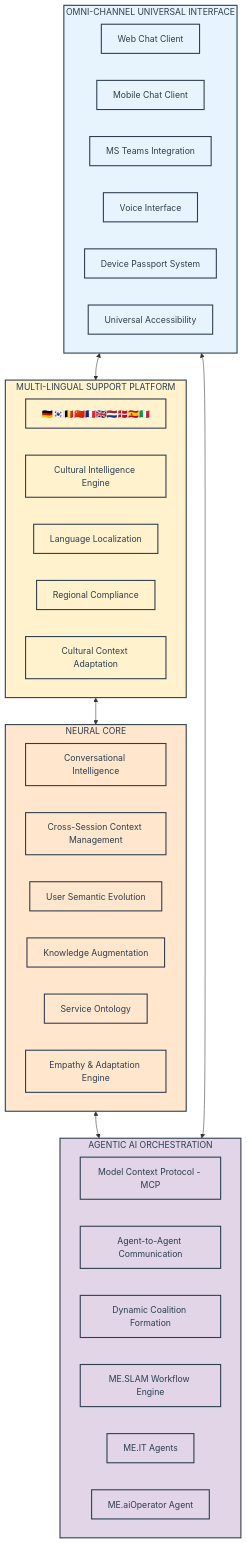
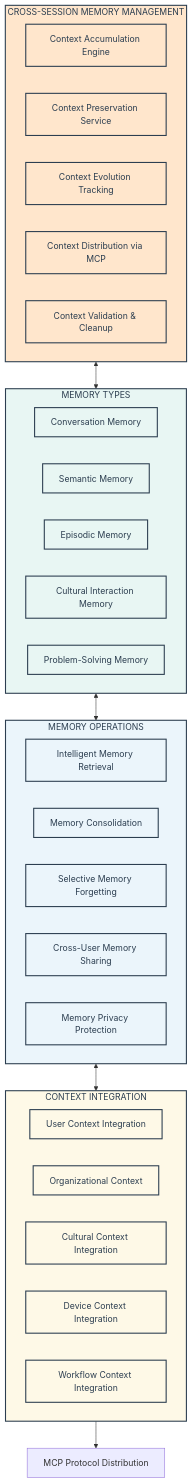
The fourth of 12 diagrams in me.ai - TDD Year 1 v16.md (ME-ai-agents/docs_prod), drawn with Mermaid before and after one commit. The commit also changed other lines of this file, not shown here.

````diff
--- a/me.ai - TDD Year 1 v16.md
+++ b/me.ai - TDD Year 1 v16.md
@@ -90,52 +293,49 @@
 ```mermaid
 flowchart TD
-    subgraph OC["OMNI-CHANNEL UNIVERSAL INTERFACE"]
-        ChatWeb[Web Chat Client]
-        ChatMobile[Mobile Chat Client]
-        MSTeams[MS Teams Integration]
-        Voice[Voice Interface]
-        DevicePassport[Device Passport System]
-        UniversalAccess[Universal Accessibility]
+    subgraph CrossSessionMemory["CROSS-SESSION MEMORY MANAGEMENT"]
+        ContextAccumulation[Context Accumulation Engine]
+        ContextPreservation[Context Preservation Service]
+        ContextEvolution[Context Evolution Tracking]
+        ContextDistribution[Context Distribution via MCP]
+        ContextValidation[Context Validation & Cleanup]
     end
     
-    subgraph ML["MULTI-LINGUAL SUPPORT PLATFORM"]
-        Languages[🇩🇪🇰🇷🇧🇪🇨🇳🇫🇷🇬🇧🇳🇱🇩🇰🇪🇸🇮🇹]
-        CulturalIntel[Cultural Intelligence Engine]
-        LanguageLocal[Language Localization]
-        RegionalCompliance[Regional Compliance]
-        CulturalContext[Cultural Context Adaptation]
+    subgraph MemoryTypes["MEMORY TYPES"]
+        ConversationMemory[Conversation Memory]
+        SemanticMemory[Semantic Memory]
+        EpisodicMemory[Episodic Memory]
+        CulturalMemory[Cultural Interaction Memory]
+        ProblemSolvingMemory[Problem-Solving Memory]
     end
     
-    subgraph NC["NEURAL CORE"]
-        ConvIntel[Conversational Intelligence]
-        ContextMgmt[Cross-Session Context Management]
-        UserSemantics[User Semantic Evolution]
-        KnowledgeAug[Knowledge Augmentation]
-        ServiceOntology[Service Ontology]
-        EmpathyEngine[Empathy & Adaptation Engine]
+    subgraph MemoryOperations["MEMORY OPERATIONS"]
+        MemoryRetrieval[Intelligent Memory Retrieval]
+        MemoryConsolidation[Memory Consolidation]
+        MemoryForgetting[Selective Memory Forgetting]
+        MemorySharing[Cross-User Memory Sharing]
+        MemoryPrivacy[Memory Privacy Protection]
     end
     
-    subgraph AAO["AGENTIC AI ORCHESTRATION"]
-        MCP[Model Context Protocol - MCP]
-        A2A[Agent-to-Agent Communication]
-        CoalitionForm[Dynamic Coalition Formation]
-        WorkflowEngine[ME.SLAM Workflow Engine]
-        MEITAgents[ME.IT Agents]
-        MEOperator[ME.aiOperator Agent]
+    subgraph ContextIntegration["CONTEXT INTEGRATION"]
+        UserContextIntegration[User Context Integration]
+        OrganizationalContext[Organizational Context]
+        CulturalContextIntegration[Cultural Context Integration]
+        DeviceContextIntegration[Device Context Integration]
+        WorkflowContextIntegration[Workflow Context Integration]
     end
     
-    OC <--> ML
-    ML <--> NC
-    NC <--> AAO
-    OC <--> AAO
+    CrossSessionMemory <--> MemoryTypes
+    MemoryTypes <--> MemoryOperations
+    MemoryOperations <--> ContextIntegration
+    ContextIntegration --> MCPProtocol[MCP Protocol Distribution]
     
-    classDef omnichannelStyle fill:#E8F4FD,stroke:#2C3E50,stroke-width:2px,color:#2C3E50
-    classDef multilingualStyle fill:#FFF2CC,stroke:#2C3E50,stroke-width:2px,color:#2C3E50
-    classDef neuralcoreStyle fill:#FFE6CC,stroke:#2C3E50,stroke-width:2px,color:#2C3E50
-    classDef agenticStyle fill:#E1D5E7,stroke:#2C3E50,stroke-width:2px,color:#2C3E50
+    classDef memoryStyle fill:#FFE6CC,stroke:#2C3E50,stroke-width:2px,color:#2C3E50
+    classDef typeStyle fill:#E8F6F3,stroke:#2C3E50,stroke-width:2px,color:#2C3E50
+    classDef operationStyle fill:#EBF5FB,stroke:#2C3E50,stroke-width:2px,color:#2C3E50
+    classDef integrationStyle fill:#FEF9E7,stroke:#2C3E50,stroke-width:2px,color:#2C3E50
     
-    class OC,ChatWeb,ChatMobile,MSTeams,Voice,DevicePassport,UniversalAccess omnichannelStyle
-    class ML,Languages,CulturalIntel,LanguageLocal,RegionalCompliance,CulturalContext multilingualStyle
-    class NC,ConvIntel,ContextMgmt,UserSemantics,KnowledgeAug,ServiceOntology,EmpathyEngine neuralcoreStyle
-    class AAO,MCP,A2A,CoalitionForm,WorkflowEngine,MEITAgents,MEOperator agenticStyle
+    class CrossSessionMemory,ContextAccumulation,ContextPreservation,ContextEvolution,ContextDistribution,ContextValidation memoryStyle
+    class MemoryTypes,ConversationMemory,SemanticMemory,EpisodicMemory,CulturalMemory,ProblemSolvingMemory typeStyle
+    class MemoryOperations,MemoryRetrieval,MemoryConsolidation,MemoryForgetting,MemorySharing,MemoryPrivacy operationStyle
+    class ContextIntegration,UserContextIntegration,OrganizationalContext,CulturalContextIntegration,DeviceContextIntegration,WorkflowContextIntegration integrationStyle
 ```
````
